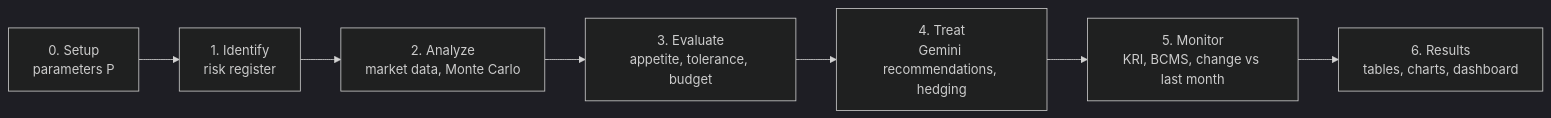
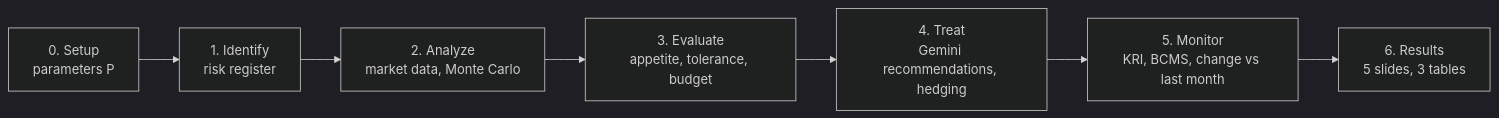
One commit to aldo02032004/lng-supply-risk-analysis changed the diagram in README.md. Above: the diagram before and after it, drawn with Mermaid (dark theme). The commit also changed other lines of this file and 13 other files, not shown here.

First line of the commit message:
Rework results into five 16:9 slides and Indonesian notebook text

````diff
--- a/README.md
+++ b/README.md
@@ -22,9 +22,9 @@
 ```mermaid
 flowchart LR
     A["0. Setup<br/>parameters P"] --> B["1. Identify<br/>risk register"]
     B --> C["2. Analyze<br/>market data, Monte Carlo"]
     C --> D["3. Evaluate<br/>appetite, tolerance, budget"]
     D --> E["4. Treat<br/>Gemini recommendations, hedging"]
     E --> F["5. Monitor<br/>KRI, BCMS, change vs last month"]
-    F --> G["6. Results<br/>tables, charts, dashboard"]
+    F --> G["6. Results<br/>5 slides, 3 tables"]
 ```
````
